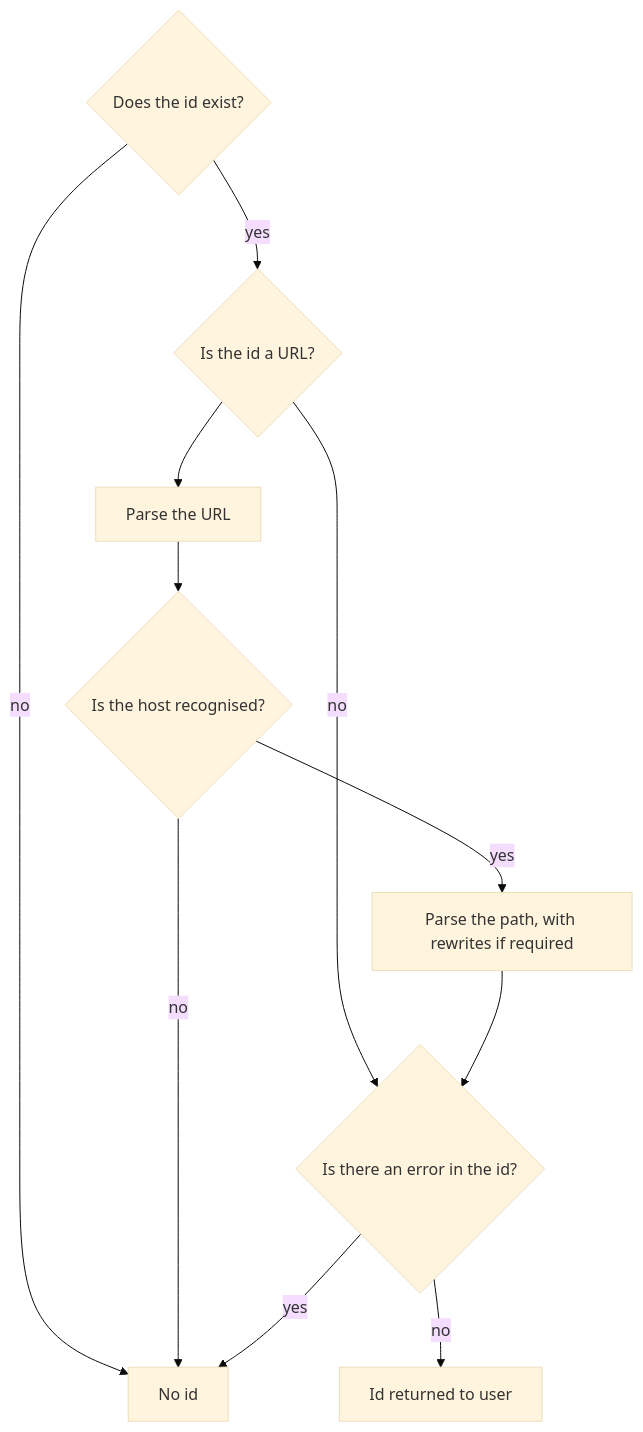
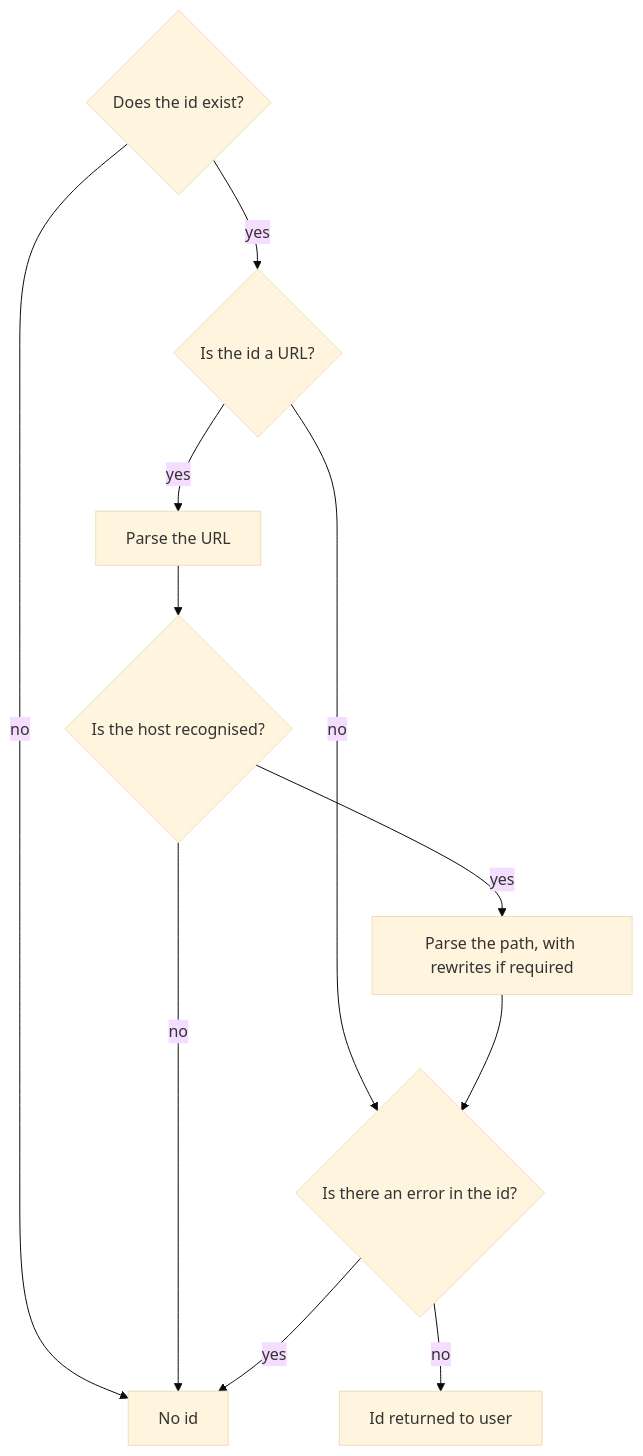
The diagram in docs/ADR/0002-canvas-id-parsing.md (dlcs/iiif-presentation), drawn with Mermaid (base theme) before and after one commit. The commit also changed other lines of this file and 1 other file, not shown here.

````diff
--- a/docs/ADR/0002-canvas-id-parsing.md
+++ b/docs/ADR/0002-canvas-id-parsing.md
@@ -19,23 +19,23 @@
 ```mermaid
 flowchart
     exist{Does the id exist?}
     url{Is the id a URL?}
     parseUrl[Parse the URL]
     recognisedHost{Is the host recognised?}
     parsePath[Parse the path, with rewrites if required]
     checkErrors{Is there an error in the id?}
 
     exist -- no --> no
     exist -- yes --> url
     url -- no --> checkErrors
-    url --> parseUrl
+    url -- yes --> parseUrl
     parseUrl --> recognisedHost
     recognisedHost -- no --> no
     recognisedHost -- yes --> parsePath
     parsePath --> checkErrors
     checkErrors -- yes --> no
     checkErrors -- no --> yes
 
     no[No id]
     yes[Id returned to user]
 ```
````
